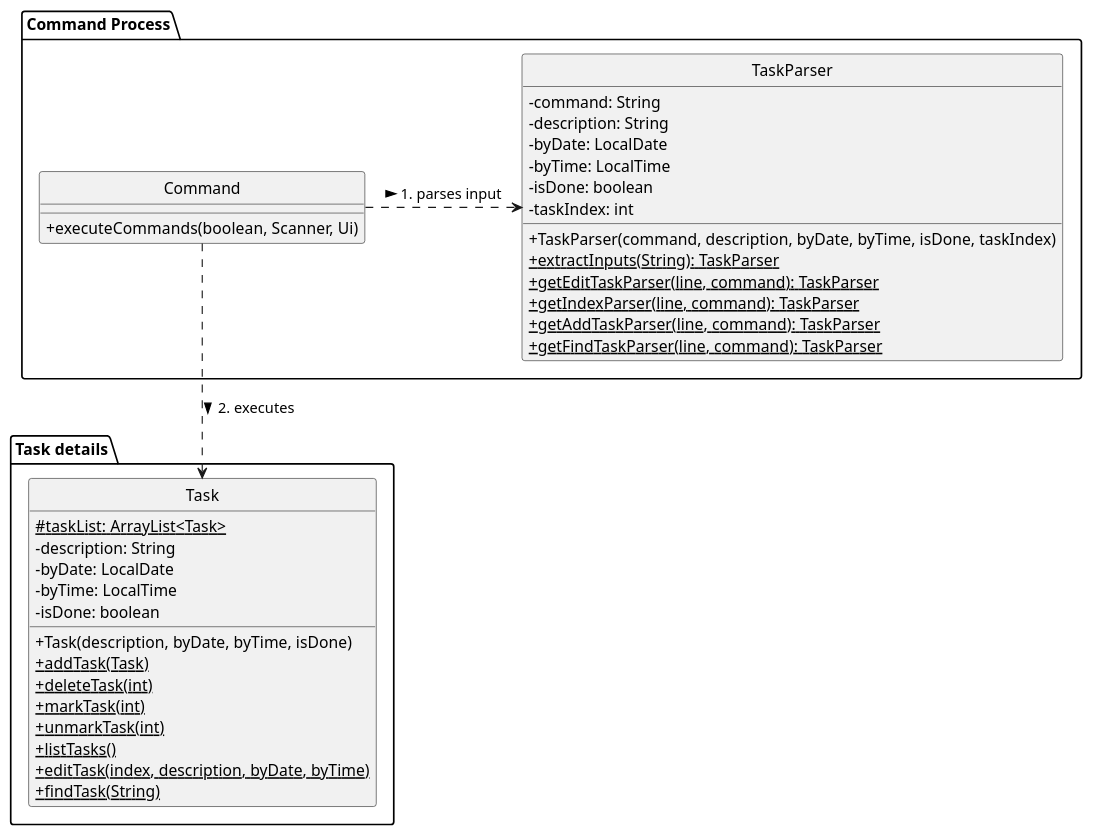
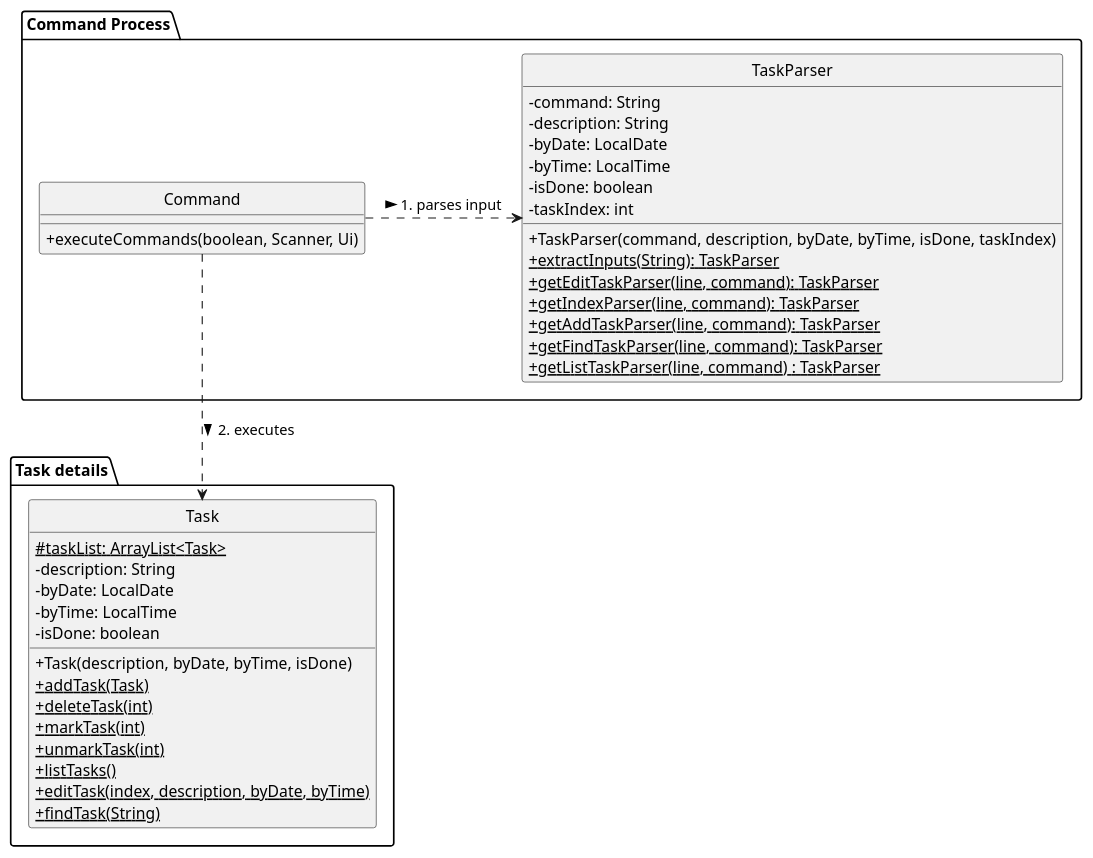
One commit to AY2425S2-CS2113-T11b-3/tp changed the diagram in docs/diagrams/taskClassDiagrams/TaskClassDiagram.puml. Above: the diagram before and after it, drawn with PlantUML. The commit also changed 2 other files, not shown here.

Commit message:
Fix edit task

```diff
--- a/docs/diagrams/taskClassDiagrams/TaskClassDiagram.puml
+++ b/docs/diagrams/taskClassDiagrams/TaskClassDiagram.puml
@@ -1,48 +1,49 @@
 @startuml
 
 hide circle
 skinparam classAttributeIconSize 0
 
 package "Task details" {
   class Task {
     # {static} taskList: ArrayList<Task>
     -description: String
     -byDate: LocalDate
     -byTime: LocalTime
     -isDone: boolean
     +Task(description, byDate, byTime, isDone)
     + {static} addTask(Task)
     + {static} deleteTask(int)
     + {static} markTask(int)
     + {static} unmarkTask(int)
     + {static} listTasks()
     + {static} editTask(index, description, byDate, byTime)
     + {static} findTask(String)
   }
 }
 
 package "Command Process" {
   class Command {
     +executeCommands(boolean, Scanner, Ui)
   }
 
   class TaskParser {
     -command: String
     -description: String
     -byDate: LocalDate
     -byTime: LocalTime
     -isDone: boolean
     -taskIndex: int
     +TaskParser(command, description, byDate, byTime, isDone, taskIndex)
     + {static} extractInputs(String): TaskParser
     + {static} getEditTaskParser(line, command): TaskParser
     + {static} getIndexParser(line, command): TaskParser
     + {static} getAddTaskParser(line, command): TaskParser
     + {static} getFindTaskParser(line, command): TaskParser
+    + {static} getListTaskParser(line, command) : TaskParser
   }
 }
 
 Command .right.> TaskParser : 1. parses input >
 Command ..> Task : 2. executes >
 
 @enduml
```
